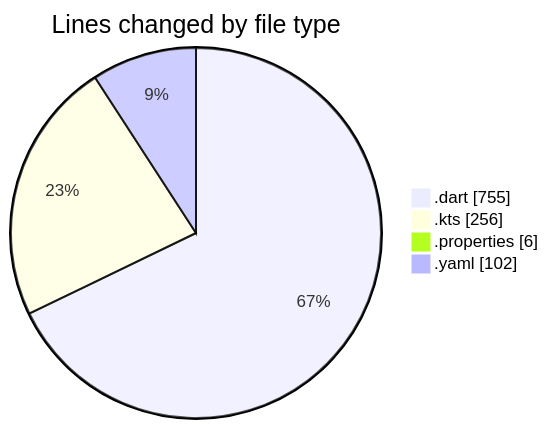
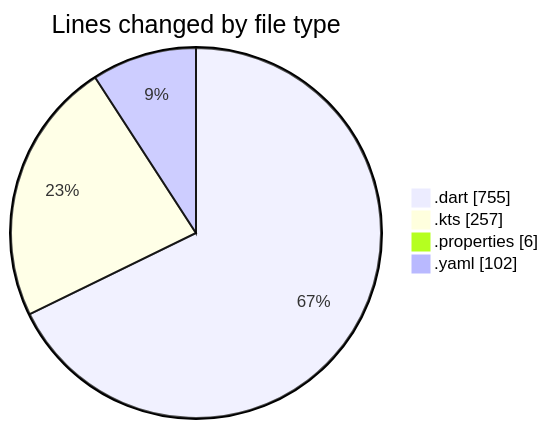
The first of 2 diagrams in 2025-02-24/drivers_app/README.md (donsfak/code-tracking), drawn with Mermaid before and after one commit. The commit also changed other lines of this file and 1 other file, not shown here.

````diff
--- a/2025-02-24/drivers_app/README.md
+++ b/2025-02-24/drivers_app/README.md
@@ -27,8 +27,8 @@
 ```mermaid
 pie showData
 title Lines changed by file type
 ".dart" : 755
-".kts" : 256
+".kts" : 257
 ".properties" : 6
 ".yaml" : 102
 ```
````
